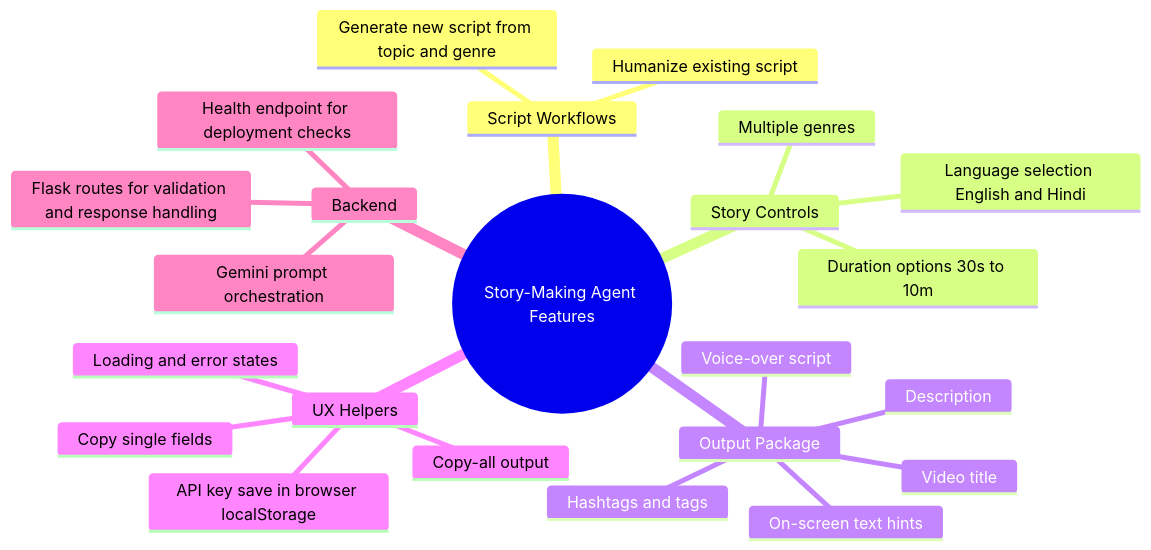
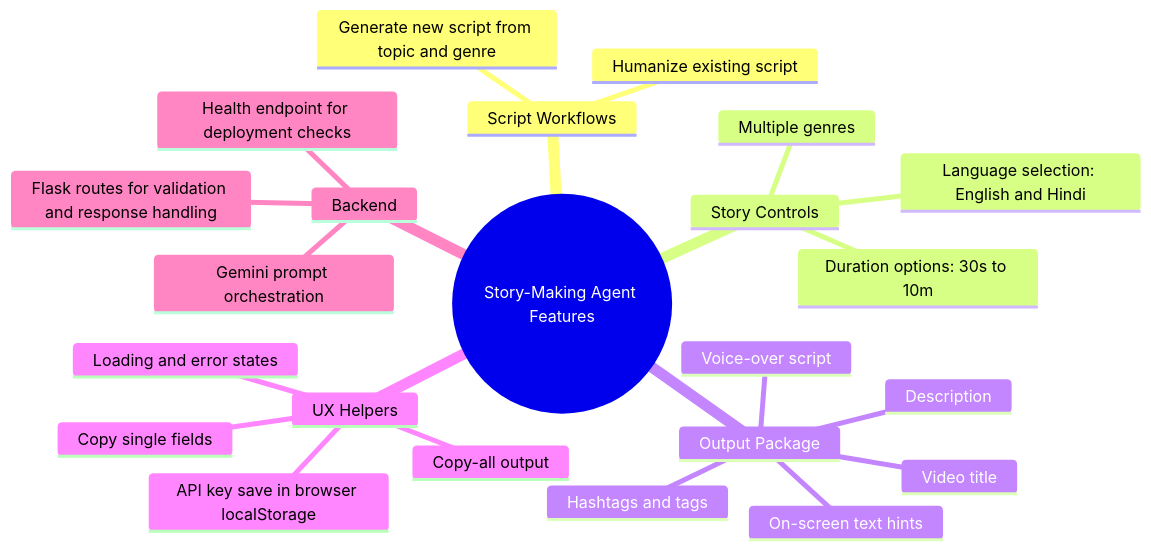
One commit to mittal122/Story-Making-agent-PromptPerfect changed the second of 2 diagrams in README.md. Above: the diagram before and after it, drawn with Mermaid. The commit also changed other lines of this file, not shown here.

````diff
--- a/README.md
+++ b/README.md
@@ -52,26 +54,26 @@
 ```mermaid
 mindmap
   root((Story-Making Agent Features))
     Script Workflows
       Humanize existing script
       Generate new script from topic and genre
     Story Controls
       Multiple genres
-      Duration options 30s to 10m
-      Language selection English and Hindi
+      Duration options: 30s to 10m
+      Language selection: English and Hindi
     Output Package
       Video title
       Voice-over script
       On-screen text hints
       Description
       Hashtags and tags
     UX Helpers
       API key save in browser localStorage
       Copy single fields
       Copy-all output
       Loading and error states
     Backend
       Flask routes for validation and response handling
       Gemini prompt orchestration
       Health endpoint for deployment checks
 ```
````
